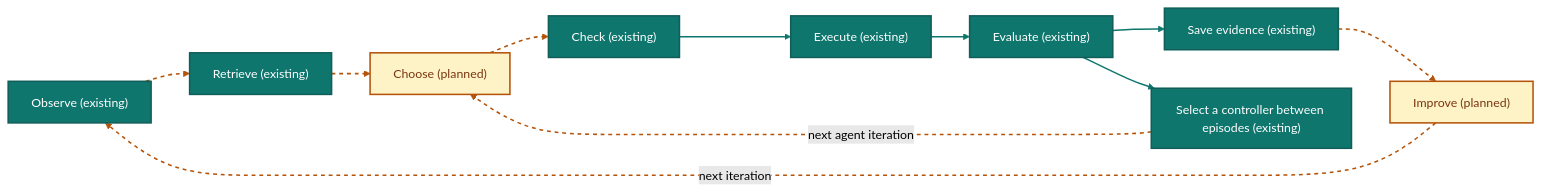
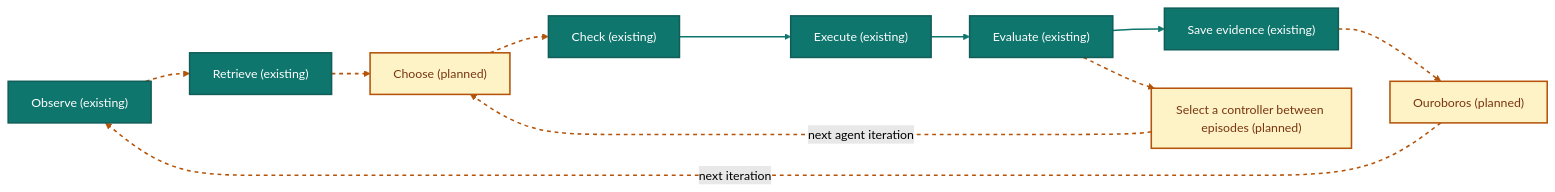
One commit to candacelabs/csf changed the first of 2 diagrams in README.md. Above: the diagram before and after it, drawn with Mermaid (forest theme). The commit also changed other lines of this file and 1376 other files, not shown here.

````diff
--- a/README.md
+++ b/README.md
@@ -178,36 +250,36 @@
 ```mermaid
 %% Generated from csf/compiler/language/architecture.csf; do not edit.
 %% Documentation model only; status labels do not establish runtime verification.
 flowchart LR
   classDef csf_existing fill:#0F766E,stroke:#115E59,stroke-width:2px,color:#FFFFFF;
   classDef csf_planned fill:#FEF3C7,stroke:#B45309,stroke-width:2px,color:#78350F;
   n_observe["Observe (existing)"]:::csf_existing
   n_retrieve["Retrieve (existing)"]:::csf_existing
   n_choose["Choose (planned)"]:::csf_planned
   n_check["Check (existing)"]:::csf_existing
   n_execute["Execute (existing)"]:::csf_existing
   n_evaluate["Evaluate (existing)"]:::csf_existing
   n_save_evidence["Save evidence (existing)"]:::csf_existing
-  n_improve["Improve (planned)"]:::csf_planned
-  n_select_controller["Select a controller between episodes (existing)"]:::csf_existing
+  n_ouroboros["Ouroboros (planned)"]:::csf_planned
+  n_select_controller["Select a controller between episodes (planned)"]:::csf_planned
   n_observe -.-> n_retrieve
   n_retrieve -.-> n_choose
   n_choose -.-> n_check
   n_check --> n_execute
   n_execute --> n_evaluate
   n_evaluate --> n_save_evidence
-  n_evaluate --> n_select_controller
+  n_evaluate -.-> n_select_controller
   n_select_controller -.->|"next agent iteration"| n_choose
-  n_save_evidence -.-> n_improve
-  n_improve -.->|"next iteration"| n_observe
+  n_save_evidence -.-> n_ouroboros
+  n_ouroboros -.->|"next iteration"| n_observe
   linkStyle 0 stroke:#B45309,stroke-width:2px,stroke-dasharray:5 5
   linkStyle 1 stroke:#B45309,stroke-width:2px,stroke-dasharray:5 5
   linkStyle 2 stroke:#B45309,stroke-width:2px,stroke-dasharray:5 5
   linkStyle 3 stroke:#0F766E,stroke-width:2px
   linkStyle 4 stroke:#0F766E,stroke-width:2px
   linkStyle 5 stroke:#0F766E,stroke-width:2px
-  linkStyle 6 stroke:#0F766E,stroke-width:2px
+  linkStyle 6 stroke:#B45309,stroke-width:2px,stroke-dasharray:5 5
   linkStyle 7 stroke:#B45309,stroke-width:2px,stroke-dasharray:5 5
   linkStyle 8 stroke:#B45309,stroke-width:2px,stroke-dasharray:5 5
   linkStyle 9 stroke:#B45309,stroke-width:2px,stroke-dasharray:5 5
 ```
````
